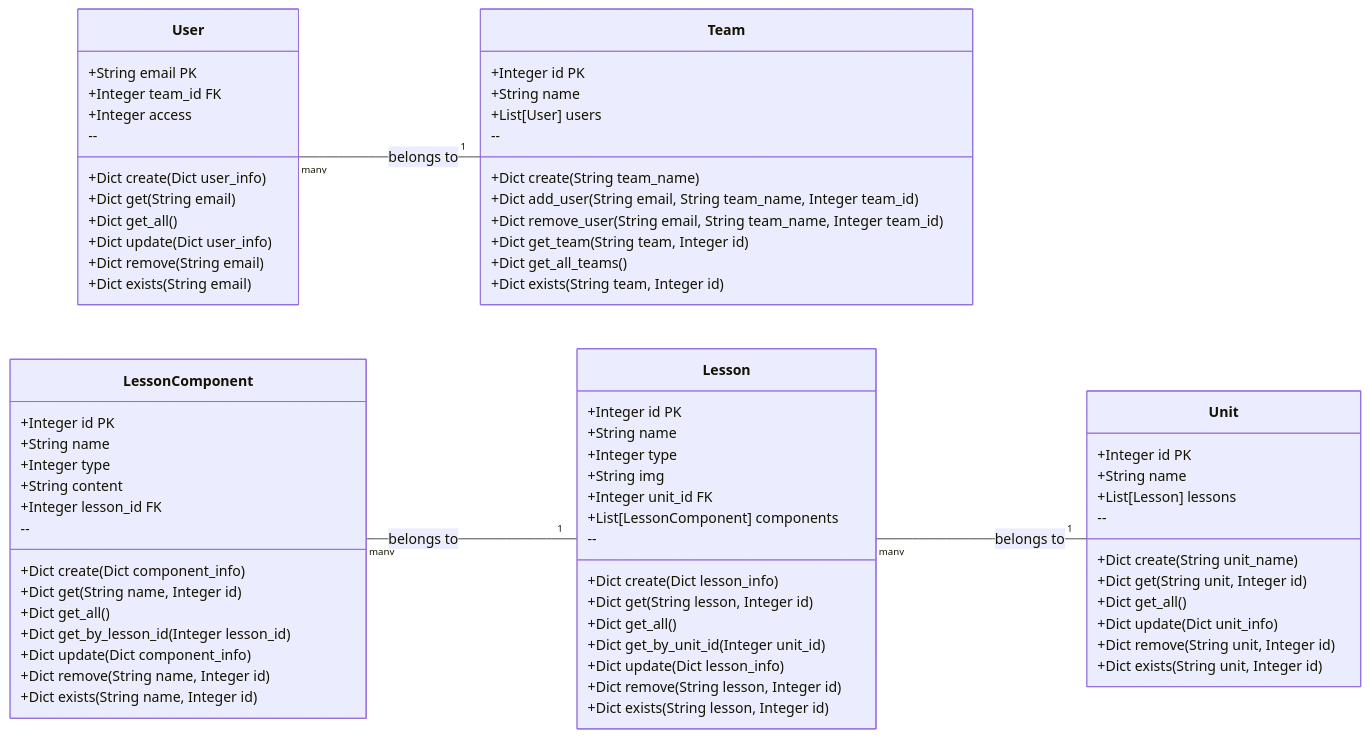
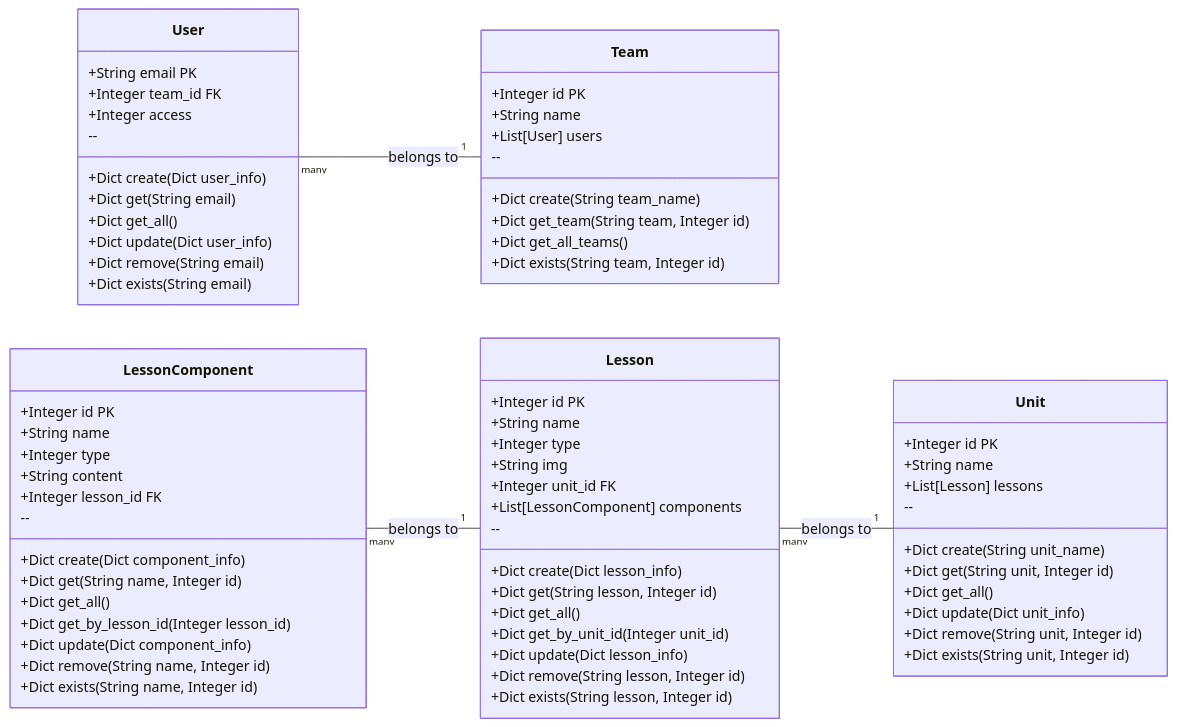
The third of 5 diagrams in README.md (MICodeProjects/robosite), drawn with Mermaid before and after one commit. The commit also changed other lines of this file and 59 other files, not shown here.

````diff
--- a/README.md
+++ b/README.md
@@ -194,79 +194,77 @@
 ```mermaid
 classDiagram
     direction LR
     User "many" -- "1" Team : belongs to
     Lesson "many" -- "1" Unit : belongs to
     LessonComponent "many" -- "1" Lesson : belongs to
 
     class User {
         +String email PK
         +Integer team_id FK
         +Integer access
         --
         +Dict create(Dict user_info)
         +Dict get(String email)
         +Dict get_all()
         +Dict update(Dict user_info)
         +Dict remove(String email)
         +Dict exists(String email)
     }
 
     class Team {
         +Integer id PK
         +String name
         +List[User] users
         --
         +Dict create(String team_name)
-        +Dict add_user(String email, String team_name, Integer team_id)
-        +Dict remove_user(String email, String team_name, Integer team_id)
         +Dict get_team(String team, Integer id)
         +Dict get_all_teams()
         +Dict exists(String team, Integer id)
     }
 
     class Unit {
         +Integer id PK
         +String name
         +List[Lesson] lessons
         --
         +Dict create(String unit_name)
         +Dict get(String unit, Integer id)
         +Dict get_all()
         +Dict update(Dict unit_info)
         +Dict remove(String unit, Integer id)
         +Dict exists(String unit, Integer id)
     }
 
     class Lesson {
         +Integer id PK
         +String name
         +Integer type
         +String img
         +Integer unit_id FK
         +List[LessonComponent] components
         --
         +Dict create(Dict lesson_info)
         +Dict get(String lesson, Integer id)
         +Dict get_all()
         +Dict get_by_unit_id(Integer unit_id)
         +Dict update(Dict lesson_info)
         +Dict remove(String lesson, Integer id)
         +Dict exists(String lesson, Integer id)
     }
 
     class LessonComponent {
         +Integer id PK
         +String name
         +Integer type
         +String content
         +Integer lesson_id FK
         --
         +Dict create(Dict component_info)
         +Dict get(String name, Integer id)
         +Dict get_all()
         +Dict get_by_lesson_id(Integer lesson_id)
         +Dict update(Dict component_info)
         +Dict remove(String name, Integer id)
         +Dict exists(String name, Integer id)
     }
 ```
````
